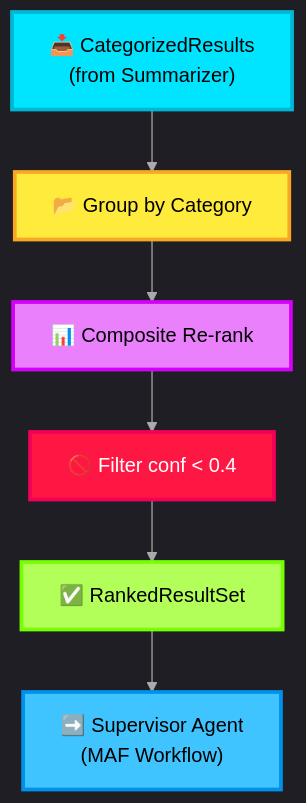
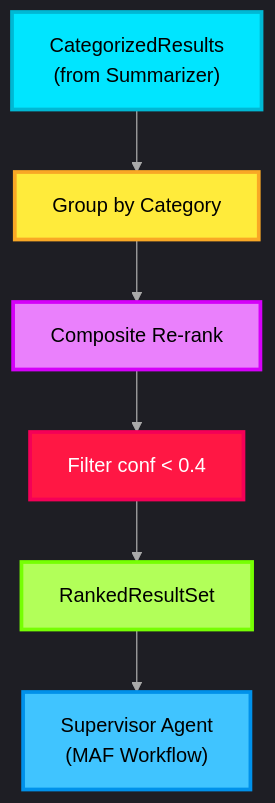
Before and after one commit to thanhauco/agentic-ai-icm-system: the diagram in docs/07-aggregated-results.md, drawn with Mermaid. The commit also changed 1 other file, not shown here.

Commit message:
docs: Add initial documentation for all major system components of the agentic AI ICM system.

````diff
--- a/docs/07-aggregated-results.md
+++ b/docs/07-aggregated-results.md
@@ -9,16 +9,16 @@
 ```mermaid
 %%{init: {'theme': 'dark', 'themeVariables': {'lineColor': '#AAAAAA'}}}%%
 graph TD
-    A["📥 CategorizedResults<br>(from Summarizer)"] --> B["📂 Group by Category"]
-    B --> C["📊 Composite Re-rank"]
-    C --> D["🚫 Filter conf < 0.4"]
-    D --> E["✅ RankedResultSet"]
-    E --> F["➡️ Supervisor Agent<br>(MAF Workflow)"]
+ A["CategorizedResults<br>(from Summarizer)"] --> B["Group by Category"]
+ B --> C["Composite Re-rank"]
+ C --> D["Filter conf < 0.4"]
+ D --> E["RankedResultSet"]
+ E --> F["Supervisor Agent<br>(MAF Workflow)"]
 
-    style A fill:#00E5FF,stroke:#00B8D4,stroke-width:3px,color:#000
-    style B fill:#FFEB3B,stroke:#F9A825,stroke-width:3px,color:#000
-    style C fill:#EA80FC,stroke:#D500F9,stroke-width:3px,color:#000
-    style D fill:#FF1744,stroke:#F50057,stroke-width:3px,color:#fff
-    style E fill:#B2FF59,stroke:#76FF03,stroke-width:3px,color:#000
-    style F fill:#40C4FF,stroke:#0091EA,stroke-width:3px,color:#000
+ style A fill:#00E5FF,stroke:#00B8D4,stroke-width:3px,color:#000
+ style B fill:#FFEB3B,stroke:#F9A825,stroke-width:3px,color:#000
+ style C fill:#EA80FC,stroke:#D500F9,stroke-width:3px,color:#000
+ style D fill:#FF1744,stroke:#F50057,stroke-width:3px,color:#fff
+ style E fill:#B2FF59,stroke:#76FF03,stroke-width:3px,color:#000
+ style F fill:#40C4FF,stroke:#0091EA,stroke-width:3px,color:#000
 ```
````
